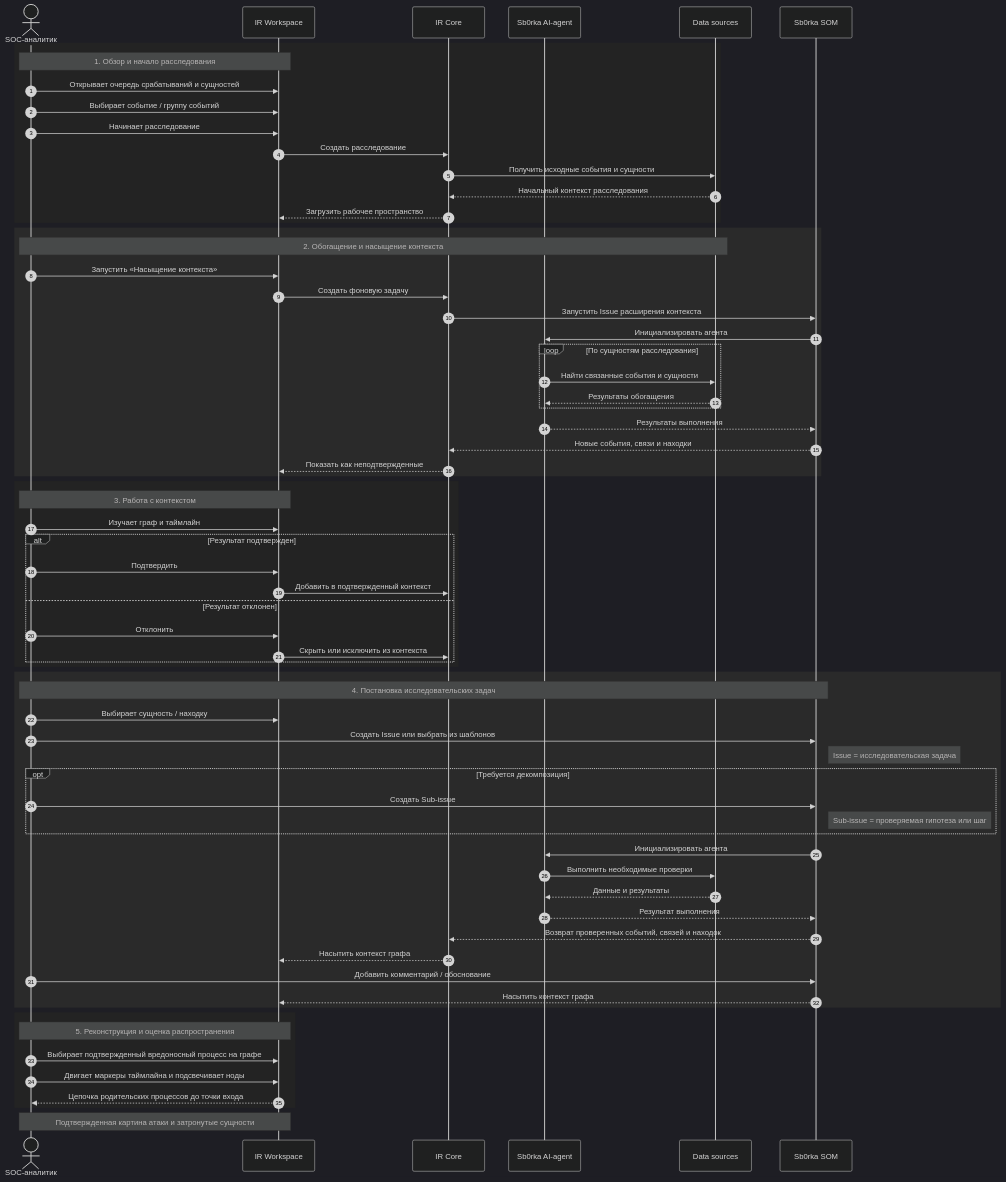
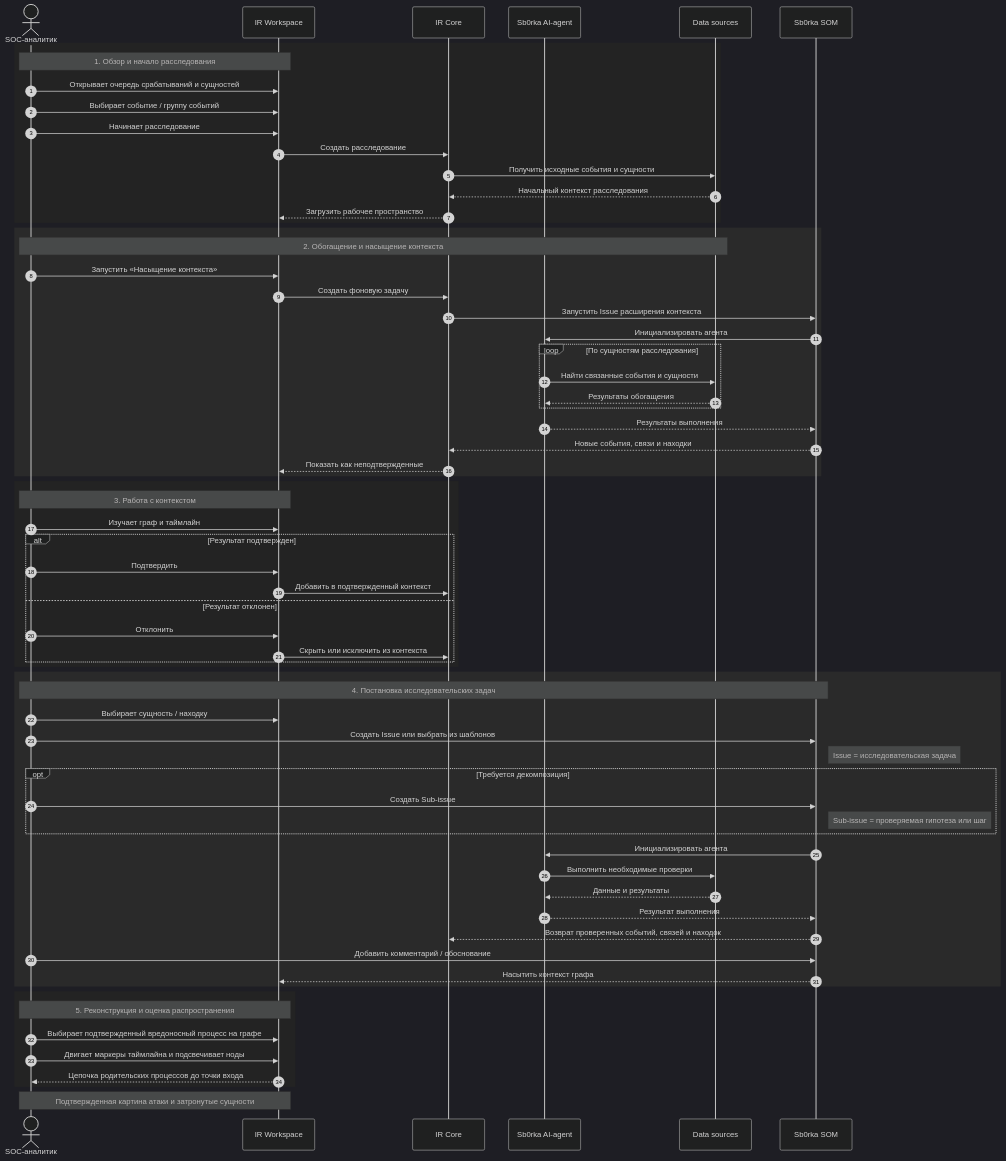
One commit to sb0rka/ir changed the diagram in docs/analyst-path.mermaid. Above: the diagram before and after it, drawn with Mermaid.

Commit message:
Removed duplicate step

```diff
--- a/docs/analyst-path.mermaid
+++ b/docs/analyst-path.mermaid
@@ -1,86 +1,85 @@
 ---
 config:
   theme: dark
 ---
 sequenceDiagram
     autonumber
 
     actor A as SOC-аналитик
     participant UI as IR Workspace
     participant Core as IR Core
     participant Agent as Sb0rka AI-agent
     participant Data as Data sources
     participant SOM as Sb0rka SOM
 
     rect rgb(35, 35, 35)
         Note over A,UI: 1. Обзор и начало расследования
         A->>UI: Открывает очередь срабатываний и сущностей
         A->>UI: Выбирает событие / группу событий
         A->>UI: Начинает расследование
         UI->>Core: Создать расследование
         Core->>Data: Получить исходные события и сущности
         Data-->>Core: Начальный контекст расследования
         Core-->>UI: Загрузить рабочее пространство
     end
 
     rect rgb(42, 42, 42)
         Note over A,Data: 2. Обогащение и насыщение контекста
         A->>UI: Запустить «Насыщение контекста»
         UI->>Core: Создать фоновую задачу
         Core->>SOM: Запустить Issue расширения контекста
         SOM->>Agent: Инициализировать агента
 
         loop По сущностям расследования
             Agent->>Data: Найти связанные события и сущности
             Data-->>Agent: Результаты обогащения
         end
 
         Agent-->>SOM: Результаты выполнения
         SOM-->>Core: Новые события, связи и находки
         Core-->>UI: Показать как неподтвержденные
     end
 
     rect rgb(35, 35, 35)
         Note over A,UI: 3. Работа с контекстом
         A->>UI: Изучает граф и таймлайн
 
         alt Результат подтвержден
             A->>UI: Подтвердить
             UI->>Core: Добавить в подтвержденный контекст
         else Результат отклонен
             A->>UI: Отклонить
             UI->>Core: Скрыть или исключить из контекста
         end
     end
 
     rect rgb(42, 42, 42)
         Note over A,SOM: 4. Постановка исследовательских задач
         A->>UI: Выбирает сущность / находку
         A->>SOM: Создать Issue или выбрать из шаблонов
         Note right of SOM: Issue = исследовательская задача
 
         opt Требуется декомпозиция
             A->>SOM: Создать Sub-issue
             Note right of SOM: Sub-issue = проверяемая гипотеза или шаг
         end
 
         SOM->>Agent: Инициализировать агента
         Agent->>Data: Выполнить необходимые проверки
         Data-->>Agent: Данные и результаты
         Agent-->>SOM: Результат выполнения
         SOM-->>Core: Возврат проверенных событий, связей и находок
-        Core-->>UI: Насытить контекст графа
 
         A->>SOM: Добавить комментарий / обоснование
         SOM-->>UI: Насытить контекст графа
     end
 
     rect rgb(35, 35, 35)
         Note over A,UI: 5. Реконструкция и оценка распространения
 
         A->>UI: Выбирает подтвержденный вредоносный процесс на графе
         A->>UI: Двигает маркеры таймлайна и подсвечивает ноды
         UI-->>A: Цепочка родительских процессов до точки входа
     end
 
     Note over A,UI: Подтвержденная картина атаки и затронутые сущности
```
